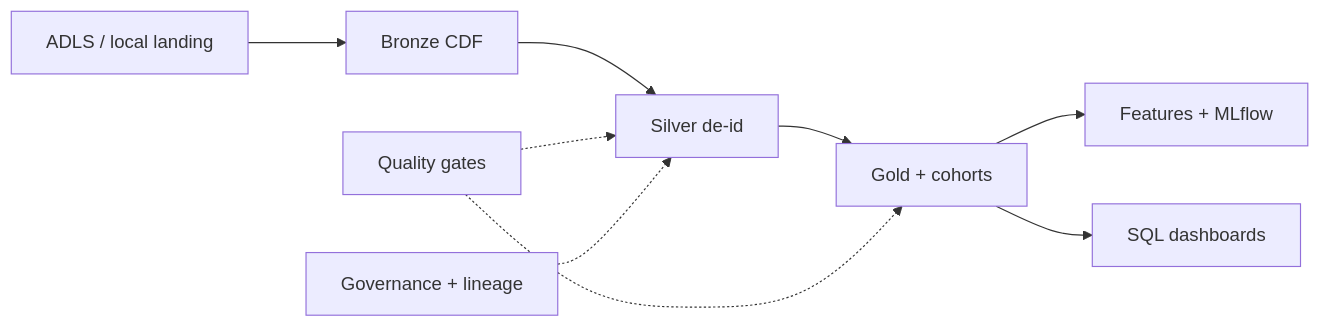
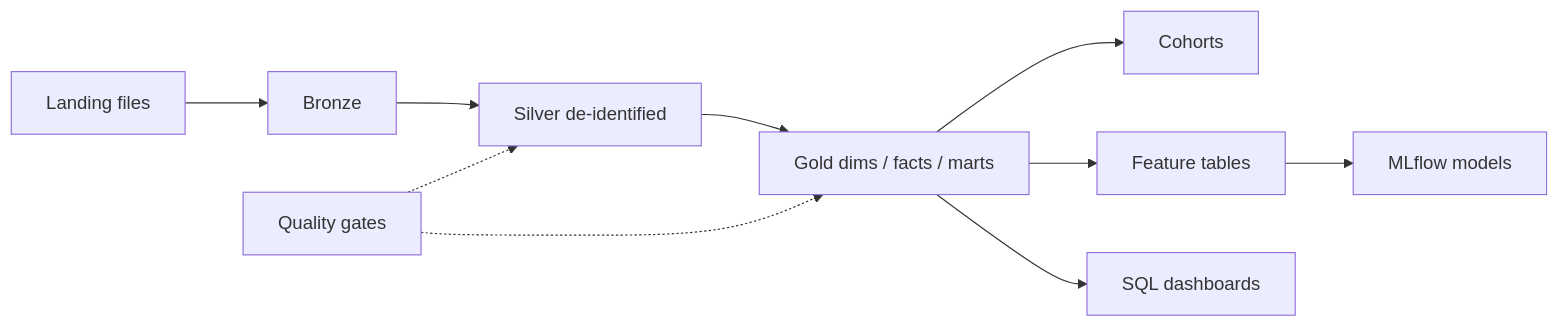
The diagram in README.md (Dataryx/Databricks-Delta-Lake-Healthcare-Analytics-Platform), drawn with Mermaid before and after one commit. The commit also changed other lines of this file and 67 other files, not shown here.

````diff
--- a/README.md
+++ b/README.md
@@ -35,11 +43,12 @@
 ```mermaid
 flowchart LR
-  Landing[ADLS / local landing] --> Bronze[Bronze CDF]
-  Bronze --> Silver[Silver de-id]
-  Silver --> Gold[Gold + cohorts]
-  Gold --> ML[Features + MLflow]
-  Gold --> Serving[SQL dashboards]
+  Landing[Landing files] --> Bronze[Bronze]
+  Bronze --> Silver[Silver de-identified]
+  Silver --> Gold[Gold dims / facts / marts]
+  Gold --> Cohorts[Cohorts]
+  Gold --> Features[Feature tables]
+  Features --> ML[MLflow models]
+  Gold --> Dashboards[SQL dashboards]
   DQ[Quality gates] -.-> Silver
   DQ -.-> Gold
-  UC[Governance + lineage] -.-> Silver
 ```
````
